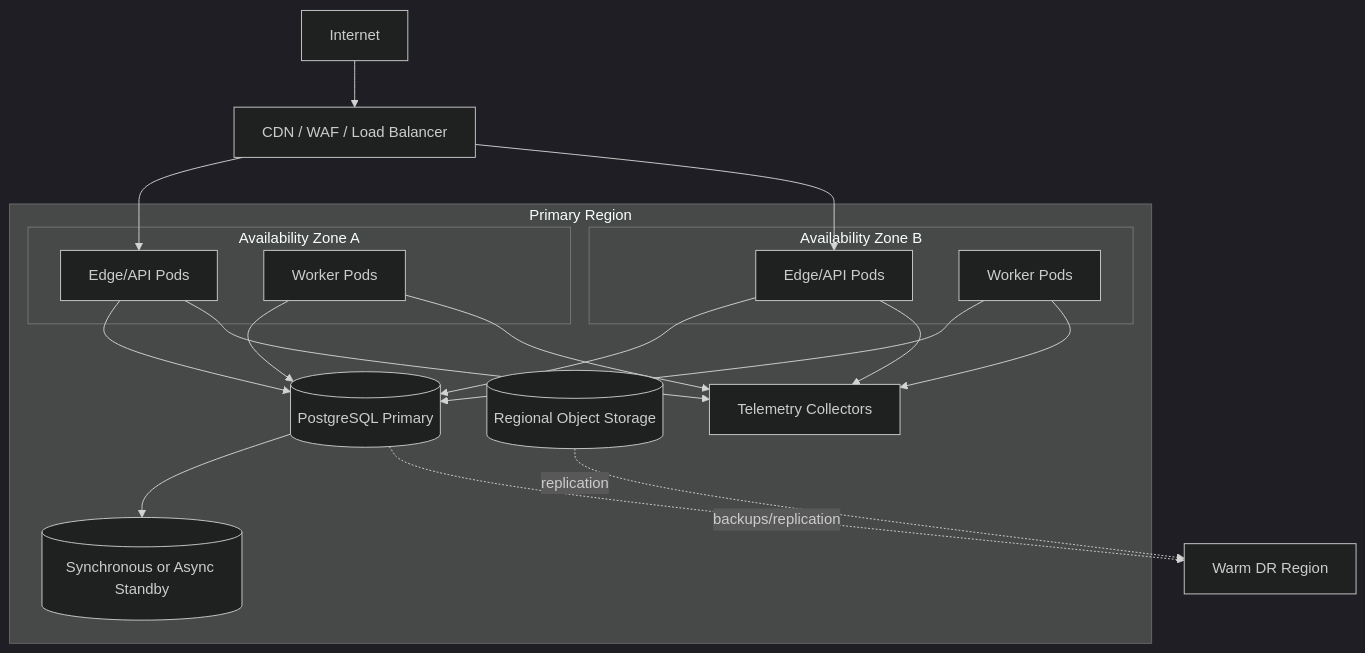
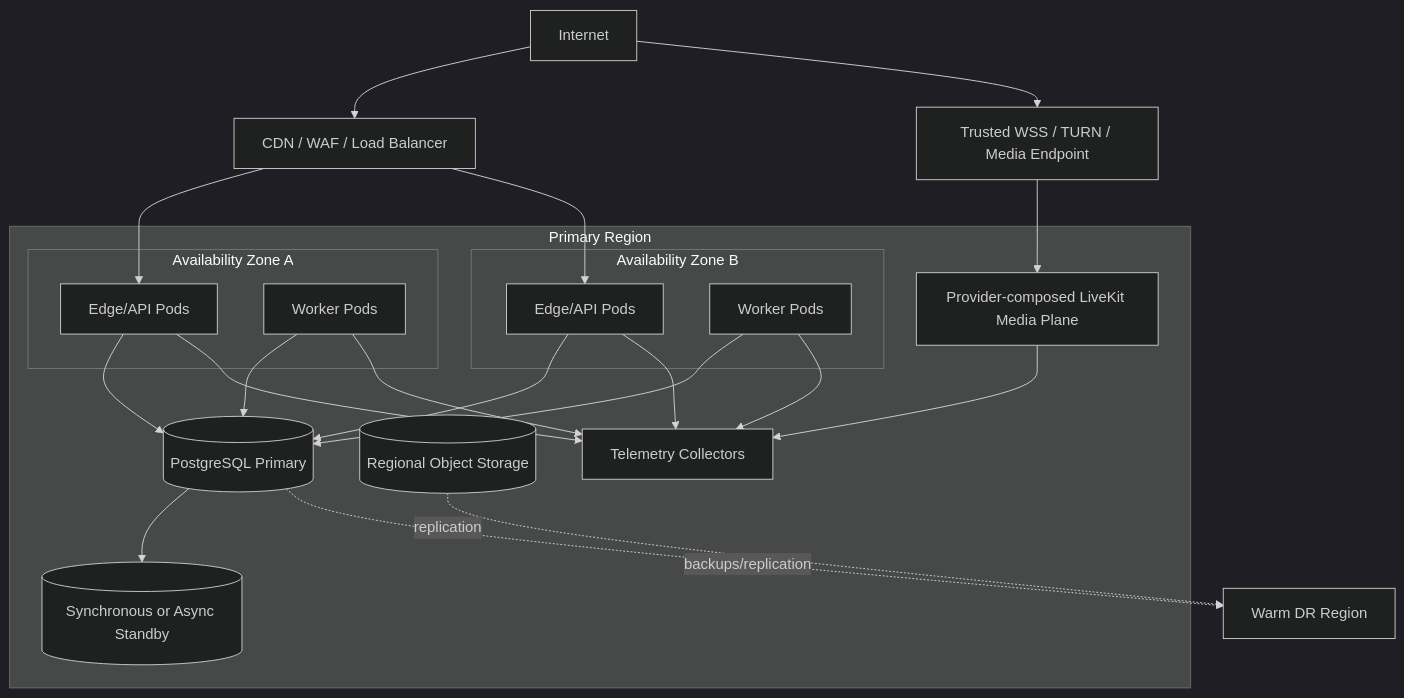
One commit to Soyuz-Tec/k-comms changed the diagram in docs/02-architecture/c4/05-deployment-view.md. Above: the diagram before and after it, drawn with Mermaid (dark theme). The commit also changed other lines of this file and 315 other files, not shown here.

````diff
--- a/docs/02-architecture/c4/05-deployment-view.md
+++ b/docs/02-architecture/c4/05-deployment-view.md
@@ -3,35 +3,40 @@
 ```mermaid
 flowchart TB
     Internet[Internet]
     WAF[CDN / WAF / Load Balancer]
+    MediaEdge[Trusted WSS / TURN / Media Endpoint]
     subgraph Region[Primary Region]
       subgraph AZ1[Availability Zone A]
         Edge1[Edge/API Pods]
         Worker1[Worker Pods]
       end
       subgraph AZ2[Availability Zone B]
         Edge2[Edge/API Pods]
         Worker2[Worker Pods]
       end
       DBP[(PostgreSQL Primary)]
       DBS[(Synchronous or Async Standby)]
       Obj[(Regional Object Storage)]
       Obs[Telemetry Collectors]
+      Media[Provider-composed LiveKit Media Plane]
     end
     DR[Warm DR Region]
 
     Internet --> WAF
     WAF --> Edge1
     WAF --> Edge2
+    Internet --> MediaEdge
+    MediaEdge --> Media
     Edge1 --> DBP
     Edge2 --> DBP
     Worker1 --> DBP
     Worker2 --> DBP
     DBP --> DBS
     Edge1 --> Obs
     Edge2 --> Obs
     Worker1 --> Obs
     Worker2 --> Obs
+    Media --> Obs
     DBP -. backups/replication .-> DR
     Obj -. replication .-> DR
 ```
````
